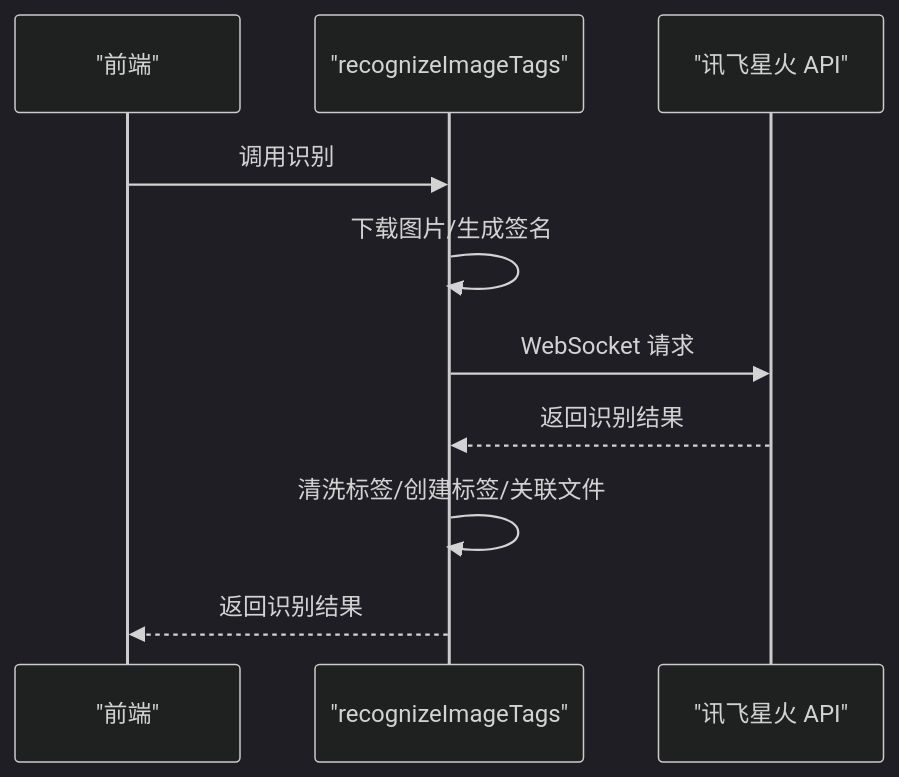
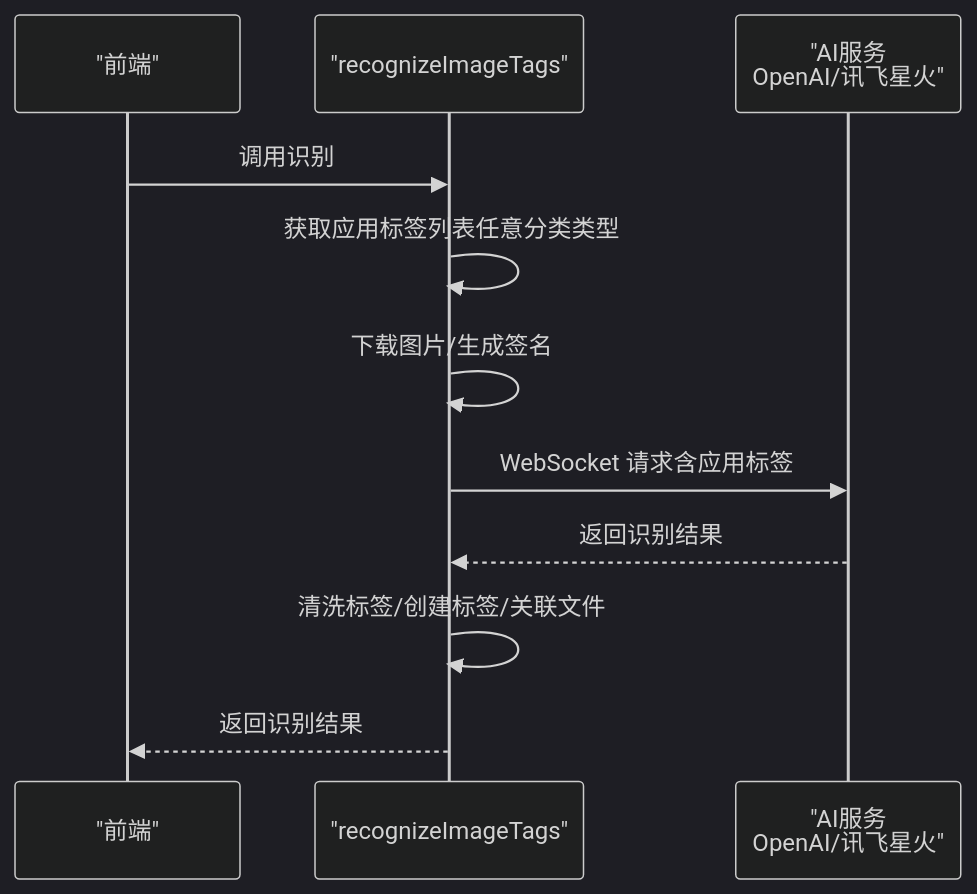
Before and after one commit to RadiumAg/image-saas: the eighth of 9 diagrams in .qoder/repowiki/zh/content/核心功能模块/标签管理系统.md, drawn with Mermaid (dark theme). The commit also changed other lines of this file and 6 other files, not shown here.

````diff
--- a/.qoder/repowiki/zh/content/核心功能模块/标签管理系统.md
+++ b/.qoder/repowiki/zh/content/核心功能模块/标签管理系统.md
@@ -265,12 +329,13 @@
 ```mermaid
 sequenceDiagram
 participant FE as "前端"
 participant API as "recognizeImageTags"
-participant AI as "讯飞星火 API"
+participant AI as "AI服务<br/>OpenAI/讯飞星火"
 FE->>API : 调用识别
+API->>API : 获取应用标签列表任意分类类型
 API->>API : 下载图片/生成签名
-API->>AI : WebSocket 请求
+API->>AI : WebSocket 请求含应用标签
 AI-->>API : 返回识别结果
 API->>API : 清洗标签/创建标签/关联文件
 API-->>FE : 返回识别结果
 ```
````
